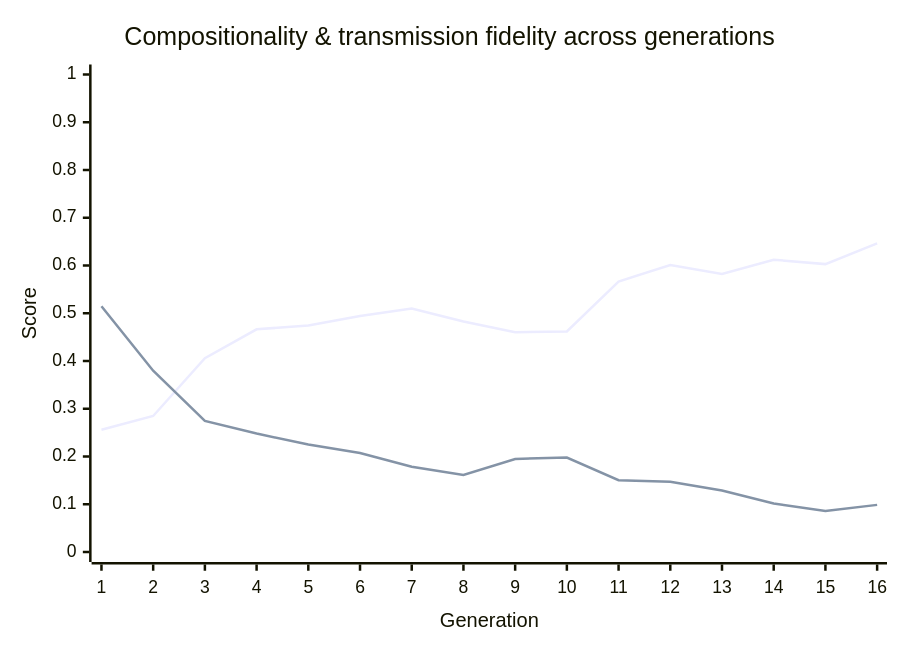
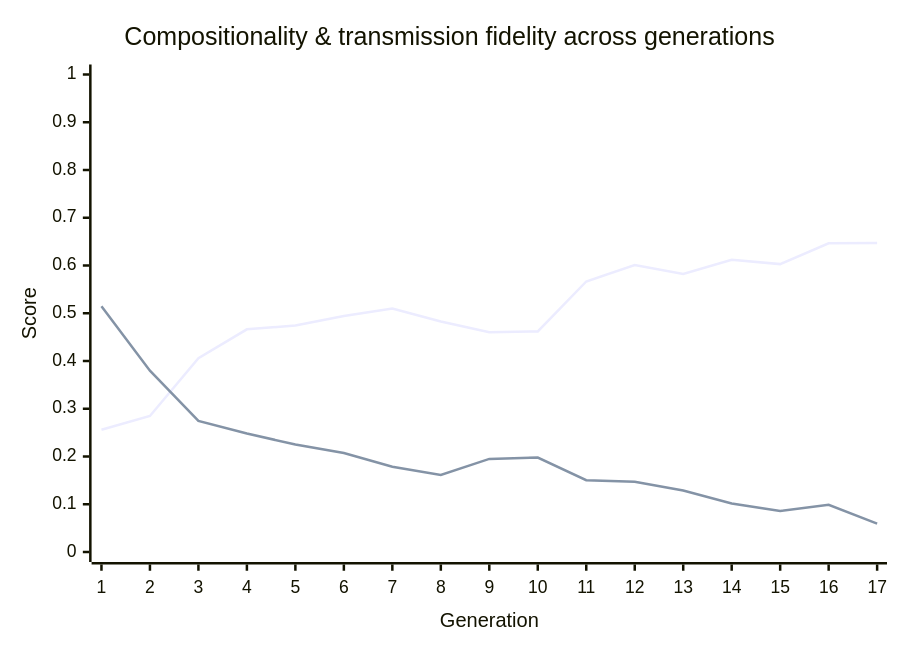
Before and after one commit to nichobbs/traditio: the diagram in metrics/latest-report.md, drawn with Mermaid. The commit also changed other lines of this file and 1 other file, not shown here.

````diff
--- a/metrics/latest-report.md
+++ b/metrics/latest-report.md
@@ -40,8 +40,8 @@
 ```mermaid
 xychart-beta
     title "Compositionality & transmission fidelity across generations"
-    x-axis "Generation" [1, 2, 3, 4, 5, 6, 7, 8, 9, 10, 11, 12, 13, 14, 15, 16]
+    x-axis "Generation" [1, 2, 3, 4, 5, 6, 7, 8, 9, 10, 11, 12, 13, 14, 15, 16, 17]
     y-axis "Score" 0 --> 1
-    line "Compositionality" [0.2559, 0.2849, 0.4060, 0.4663, 0.4745, 0.4941, 0.5099, 0.4826, 0.4603, 0.4619, 0.5665, 0.6011, 0.5822, 0.6121, 0.6029, 0.6464]
-    line "Transmission Fidelity" [0.5148, 0.3796, 0.2746, 0.2481, 0.2251, 0.2074, 0.1785, 0.1615, 0.1949, 0.1977, 0.1504, 0.1472, 0.1286, 0.1016, 0.0861, 0.0987]
+    line "Compositionality" [0.2559, 0.2849, 0.4060, 0.4663, 0.4745, 0.4941, 0.5099, 0.4826, 0.4603, 0.4619, 0.5665, 0.6011, 0.5822, 0.6121, 0.6029, 0.6464, 0.6473]
+    line "Transmission Fidelity" [0.5148, 0.3796, 0.2746, 0.2481, 0.2251, 0.2074, 0.1785, 0.1615, 0.1949, 0.1977, 0.1504, 0.1472, 0.1286, 0.1016, 0.0861, 0.0987, 0.0594]
 ```
````
